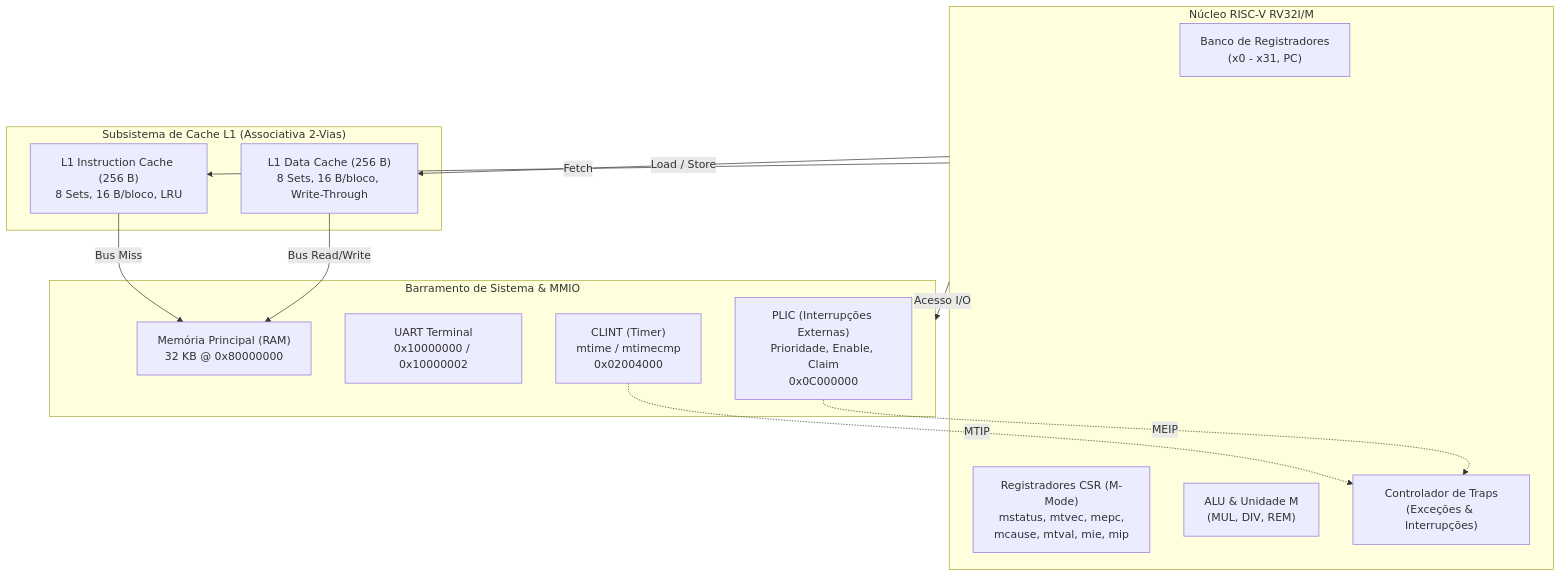
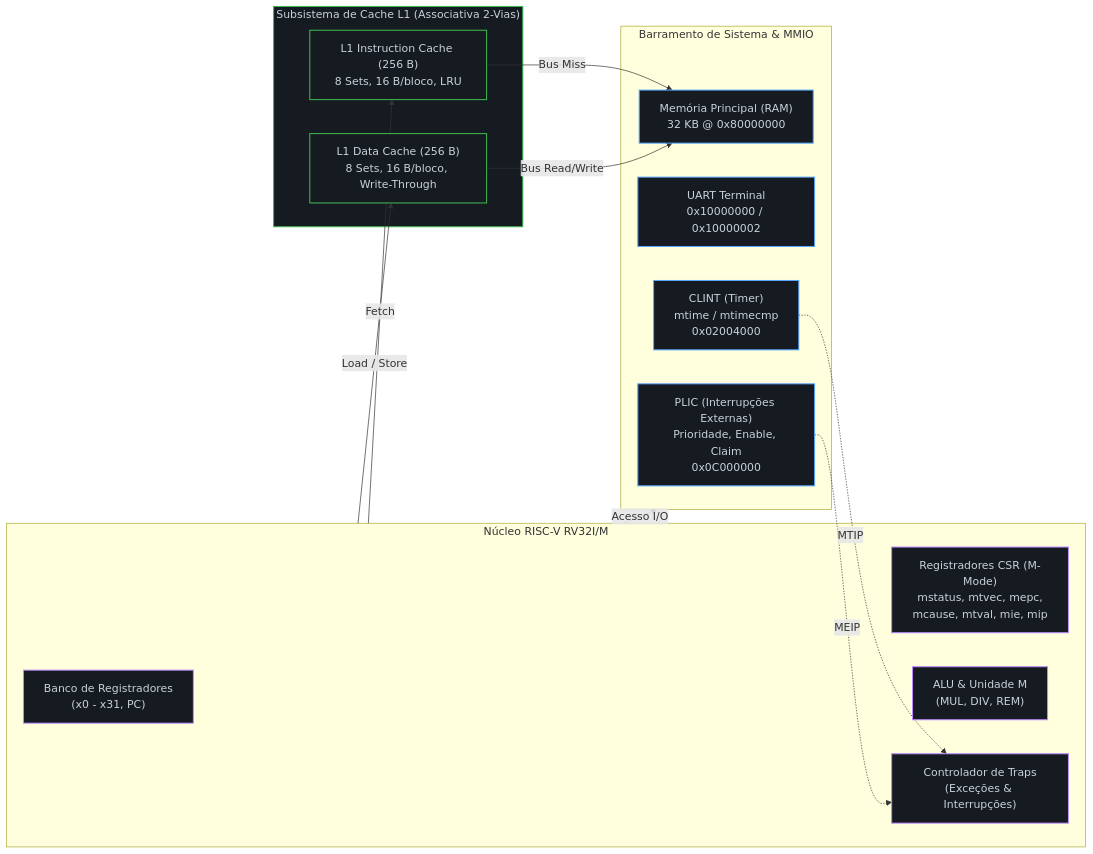
One commit to TheoEnderson/ARQUITETURA changed the diagram in README.md. Above: the diagram before and after it, drawn with Mermaid. The commit also changed other lines of this file, not shown here.

Commit message:
docs(readme): atualiza diagrama mermaid para dark mode e refina introducao tecnica

````diff
--- a/README.md
+++ b/README.md
@@ -16,29 +16,36 @@
 ```mermaid
-flowchart TD
+flowchart LR
+    classDef dark_cpu fill:#161b22,stroke:#bc8cff,stroke-width:1.5px,color:#c9d1d9
+    classDef dark_cache fill:#161b22,stroke:#3fb950,stroke-width:1.5px,color:#c9d1d9
+    classDef dark_bus fill:#161b22,stroke:#58a6ff,stroke-width:1.5px,color:#c9d1d9
+
     subgraph CPU["Núcleo RISC-V RV32I/M"]
-        REG["Banco de Registradores\n(x0 - x31, PC)"]
-        CSR["Registradores CSR (M-Mode)\nmstatus, mtvec, mepc,\nmcause, mtval, mie, mip"]
-        ALU["ALU & Unidade M\n(MUL, DIV, REM)"]
-        TRAP["Controlador de Traps\n(Exceções & Interrupções)"]
+        REG["Banco de Registradores\n(x0 - x31, PC)"]:::dark_cpu
+        CSR["Registradores CSR (M-Mode)\nmstatus, mtvec, mepc,\nmcause, mtval, mie, mip"]:::dark_cpu
+        ALU["ALU & Unidade M\n(MUL, DIV, REM)"]:::dark_cpu
+        TRAP["Controlador de Traps\n(Exceções & Interrupções)"]:::dark_cpu
     end
+    class CPU dark_cpu
 
     subgraph CACHE["Subsistema de Cache L1 (Associativa 2-Vias)"]
-        ICACHE["L1 Instruction Cache (256 B)\n8 Sets, 16 B/bloco, LRU"]
-        DCACHE["L1 Data Cache (256 B)\n8 Sets, 16 B/bloco, Write-Through"]
+        ICACHE["L1 Instruction Cache (256 B)\n8 Sets, 16 B/bloco, LRU"]:::dark_cache
+        DCACHE["L1 Data Cache (256 B)\n8 Sets, 16 B/bloco, Write-Through"]:::dark_cache
     end
+    class CACHE dark_cache
 
     subgraph BUS["Barramento de Sistema & MMIO"]
-        RAM["Memória Principal (RAM)\n32 KB @ 0x80000000"]
-        UART["UART Terminal\n0x10000000 / 0x10000002"]
-        CLINT["CLINT (Timer)\nmtime / mtimecmp\n0x02004000"]
-        PLIC["PLIC (Interrupções Externas)\nPrioridade, Enable, Claim\n0x0C000000"]
+        RAM["Memória Principal (RAM)\n32 KB @ 0x80000000"]:::dark_bus
+        UART["UART Terminal\n0x10000000 / 0x10000002"]:::dark_bus
+        CLINT["CLINT (Timer)\nmtime / mtimecmp\n0x02004000"]:::dark_bus
+        PLIC["PLIC (Interrupções Externas)\nPrioridade, Enable, Claim\n0x0C000000"]:::dark_bus
     end
+    class BUS dark_bus
 
     CPU -->|Fetch| ICACHE
     CPU -->|Load / Store| DCACHE
     ICACHE -->|Bus Miss| RAM
     DCACHE -->|Bus Read/Write| RAM
     CPU -->|Acesso I/O| BUS
     CLINT -.->|MTIP| TRAP
     PLIC -.->|MEIP| TRAP
 ```
````
